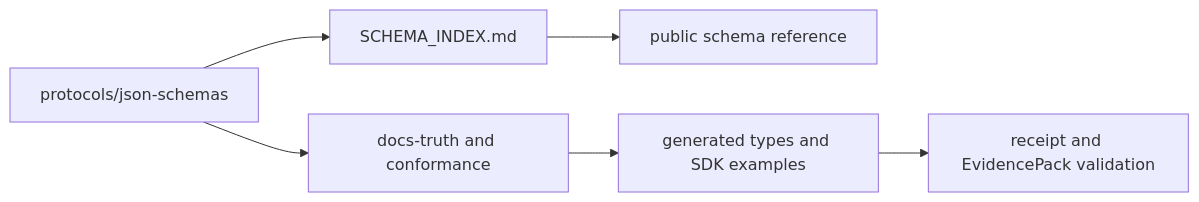
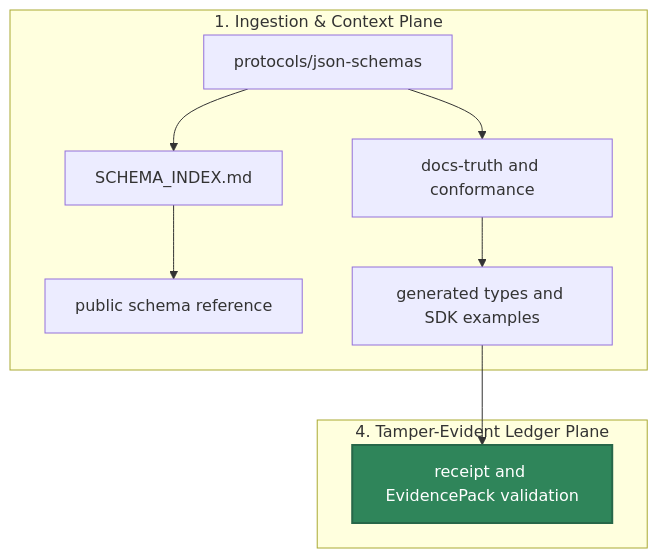
One commit to Mindburn-Labs/helm-ai-kernel changed the diagram in docs/reference/json-schemas.md. Above: the diagram before and after it, drawn with Mermaid. The commit also changed other lines of this file and 330 other files, not shown here.

````diff
--- a/docs/reference/json-schemas.md
+++ b/docs/reference/json-schemas.md
@@ -24,8 +24,24 @@
 ```mermaid
-flowchart LR
-  Schemas["protocols/json-schemas"] --> Index["SCHEMA_INDEX.md"]
-  Index --> Docs["public schema reference"]
-  Schemas --> Tests["docs-truth and conformance"]
-  Tests --> SDKs["generated types and SDK examples"]
-  SDKs --> Receipts["receipt and EvidencePack validation"]
+flowchart TD
+    subgraph Ingestion["1. Ingestion & Context Plane"]
+        Schemas["protocols/json-schemas"]
+        Index["SCHEMA_INDEX.md"]
+        Docs["public schema reference"]
+        Tests["docs-truth and conformance"]
+        SDKs["generated types and SDK examples"]
+    end
+
+    subgraph Ledger["4. Tamper-Evident Ledger Plane"]
+        Receipts["receipt and EvidencePack validation"]
+    end
+
+    %% Operational Flow Edges
+    Schemas --> Index
+    Index --> Docs
+    Schemas --> Tests
+    Tests --> SDKs
+    SDKs --> Receipts
+
+    %% Premium Styling Rules
+    style Receipts fill:#2f855a,stroke:#276749,stroke-width:2px,color:#fff
 ```
````
